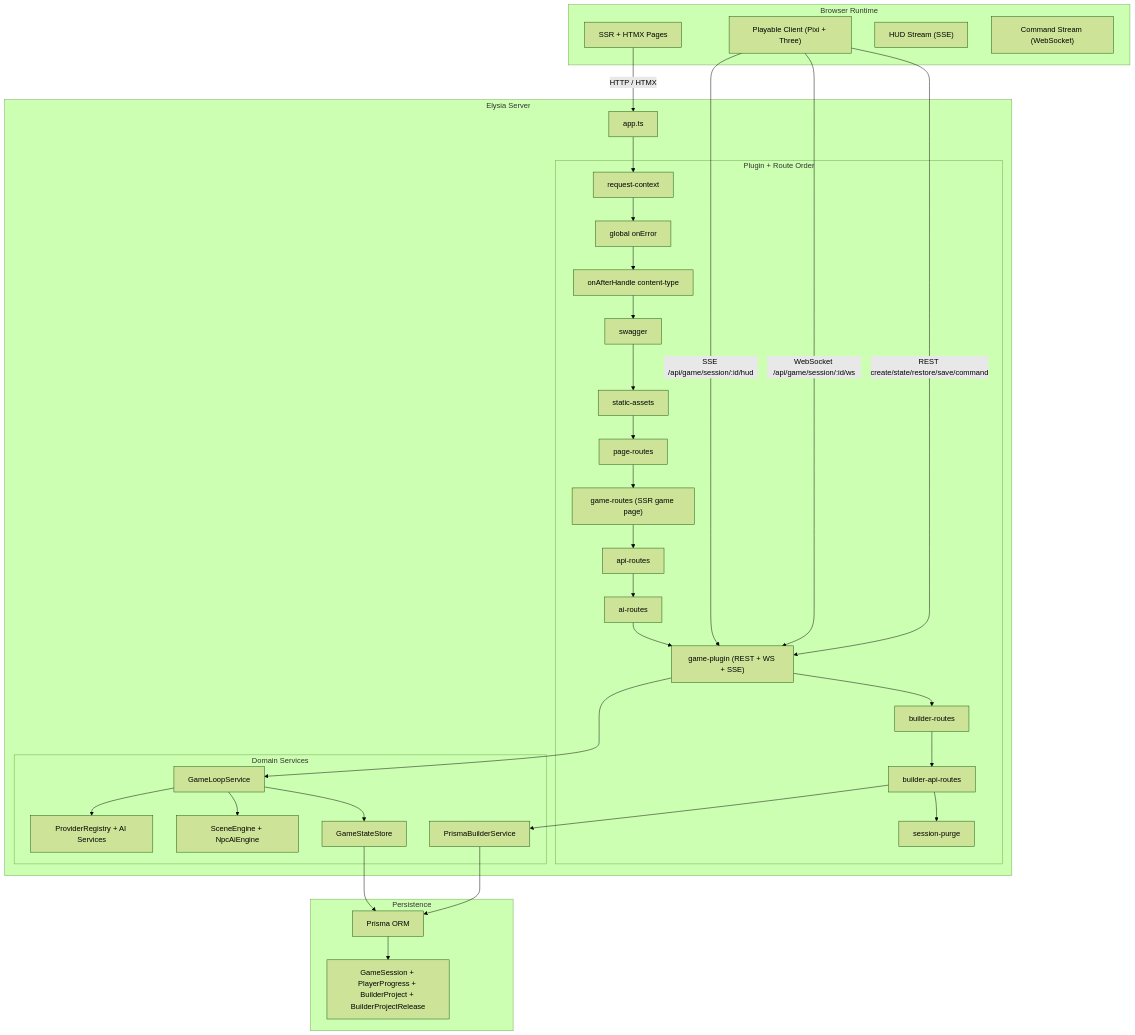
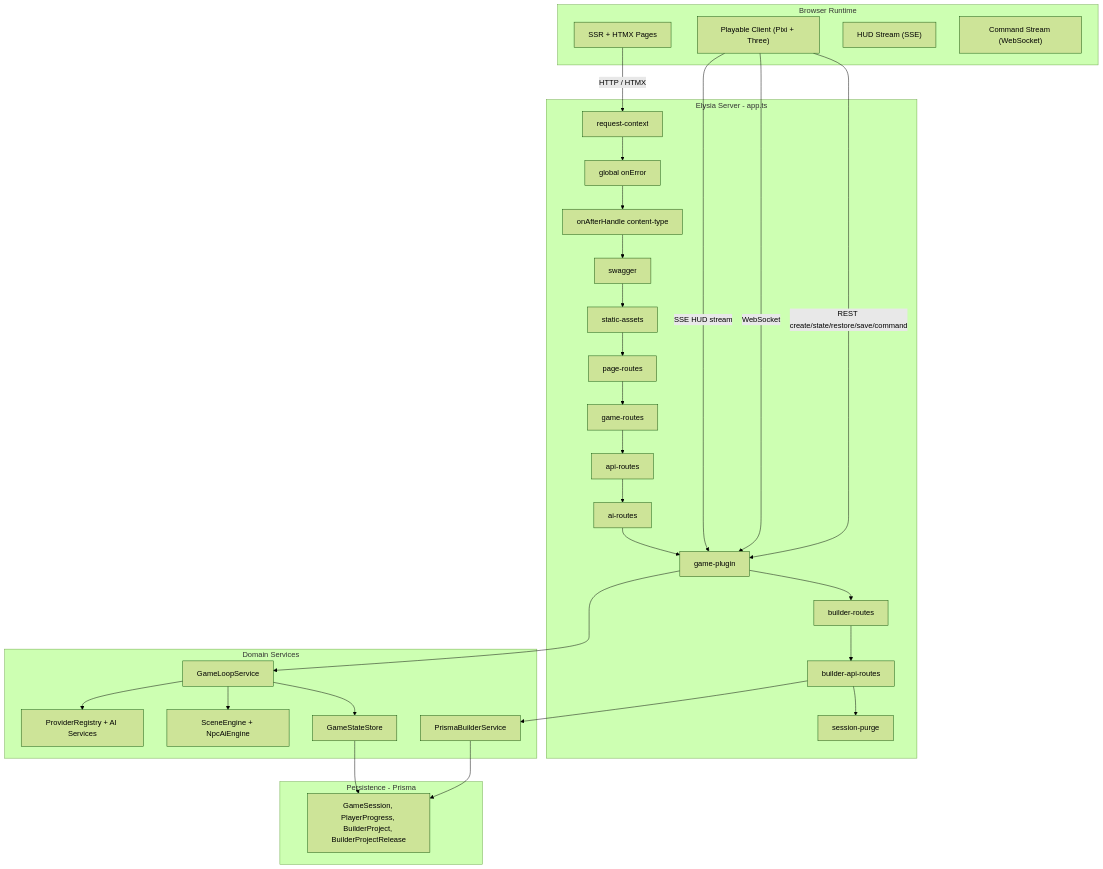
Before and after one commit to d4551/tea: the first of 13 diagrams in README.md, drawn with Mermaid (forest theme). The commit also changed other lines of this file and 21 other files, not shown here.

First line of the commit message:
docs: fix README Mermaid charts for GitHub, remove legacy pitch refs

````diff
--- a/README.md
+++ b/README.md
@@ -145,52 +147,50 @@
 ```mermaid
 graph TB
   subgraph Browser["Browser Runtime"]
     SSR["SSR + HTMX Pages"]
     CLIENT["Playable Client (Pixi + Three)"]
     SSEHUD["HUD Stream (SSE)"]
     WS["Command Stream (WebSocket)"]
   end
 
-  subgraph Elysia["Elysia Server"]
-    APP["app.ts"]
-
-    subgraph PluginOrder["Plugin + Route Order"]
-      RC["request-context"]
-      EH["global onError"]
-      CT["onAfterHandle content-type"]
-      SW["swagger"]
-      SA["static-assets"]
-      PR["page-routes"]
-      GR["game-routes (SSR game page)"]
-      AR["api-routes"]
-      AIR["ai-routes"]
-      GP["game-plugin (REST + WS + SSE)"]
-      BR["builder-routes"]
-      BA["builder-api-routes"]
-      SP["session-purge"]
-    end
-
-    subgraph Domain["Domain Services"]
-      LOOP["GameLoopService"]
-      STORE["GameStateStore"]
-      SCENE["SceneEngine + NpcAiEngine"]
-      BUILDER["PrismaBuilderService"]
-      AI["ProviderRegistry + AI Services"]
-    end
+  subgraph Elysia["Elysia Server - app.ts"]
+    RC["request-context"]
+    EH["global onError"]
+    CT["onAfterHandle content-type"]
+    SW["swagger"]
+    SA["static-assets"]
+    PR["page-routes"]
+    GR["game-routes"]
+    AR["api-routes"]
+    AIR["ai-routes"]
+    GP["game-plugin"]
+    BR["builder-routes"]
+    BA["builder-api-routes"]
+    SP["session-purge"]
   end
 
-  subgraph Storage["Persistence"]
-    PRI["Prisma ORM"]
-    DB["GameSession + PlayerProgress + BuilderProject + BuilderProjectRelease"]
+  subgraph Domain["Domain Services"]
+    LOOP["GameLoopService"]
+    STORE["GameStateStore"]
+    SCENE["SceneEngine + NpcAiEngine"]
+    BUILDER["PrismaBuilderService"]
+    AI["ProviderRegistry + AI Services"]
   end
 
-  SSR -->|"HTTP / HTMX"| APP
-  CLIENT -->|"REST create/state/restore/save/command"| GP
-  CLIENT -->|"WebSocket /api/game/session/:id/ws"| GP
-  CLIENT -->|"SSE /api/game/session/:id/hud"| GP
-  APP --> RC --> EH --> CT --> SW --> SA --> PR --> GR --> AR --> AIR --> GP --> BR --> BA --> SP
-  GP --> LOOP --> STORE --> PRI --> DB
+  subgraph Storage["Persistence - Prisma"]
+    DB["GameSession, PlayerProgress, BuilderProject, BuilderProjectRelease"]
+  end
+
+  SSR -->|HTTP / HTMX| RC
+  CLIENT -->|REST create/state/restore/save/command| GP
+  CLIENT -->|WebSocket| GP
+  CLIENT -->|SSE HUD stream| GP
+  RC --> EH --> CT --> SW --> SA --> PR --> GR --> AR --> AIR --> GP --> BR --> BA --> SP
+  GP --> LOOP
+  LOOP --> STORE
   LOOP --> SCENE
   LOOP --> AI
-  BA --> BUILDER --> PRI
+  STORE --> DB
+  BA --> BUILDER
+  BUILDER --> DB
 ```
````
